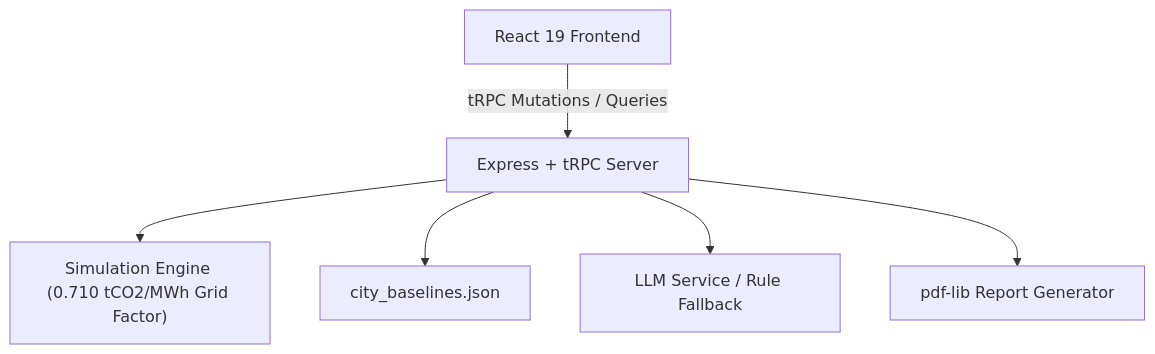
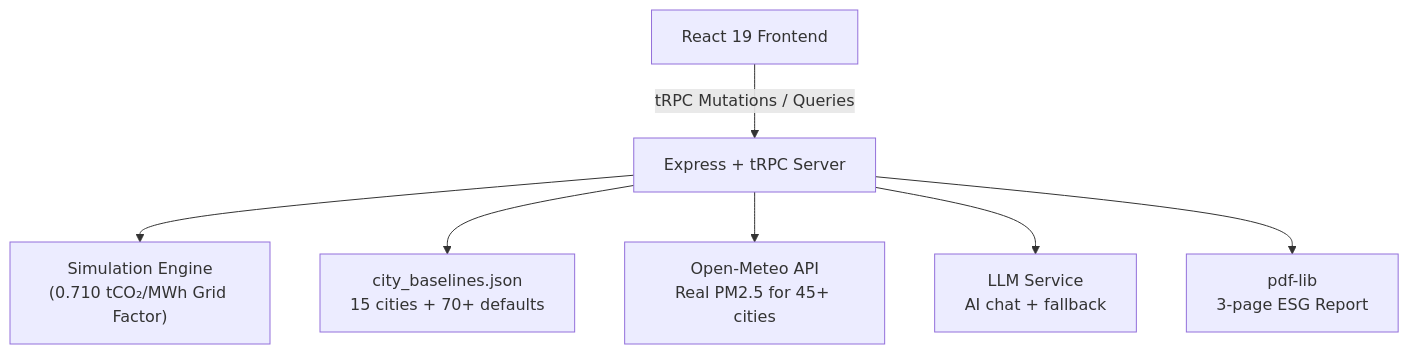
One commit to drashti8175/ecopolicy-ai changed the diagram in README.md. Above: the diagram before and after it, drawn with Mermaid. The commit also changed other lines of this file and 11 other files, not shown here.

Commit message:
feat: complete EcoPolicy AI platform - live AQI, AI optimizer, PDF reports, 85+ cities

````diff
--- a/README.md
+++ b/README.md
@@ -56,8 +105,9 @@
 ```mermaid
 graph TD
     Client["React 19 Frontend"] -->|tRPC Mutations / Queries| Server["Express + tRPC Server"]
-    Server --> Engine["Simulation Engine (0.710 tCO2/MWh Grid Factor)"]
-    Server --> BaselineData["city_baselines.json"]
-    Server --> LLMService["LLM Service / Rule Fallback"]
-    Server --> PDFExport["pdf-lib Report Generator"]
+    Server --> Engine["Simulation Engine\n(0.710 tCO₂/MWh Grid Factor)"]
+    Server --> BaselineData["city_baselines.json\n15 cities + 70+ defaults"]
+    Server --> LiveAQI["Open-Meteo API\nReal PM2.5 for 45+ cities"]
+    Server --> LLMService["LLM Service\nAI chat + fallback"]
+    Server --> PDFExport["pdf-lib\n3-page ESG Report"]
 ```
````
